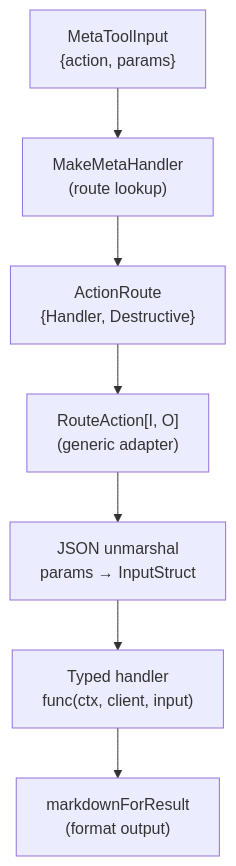
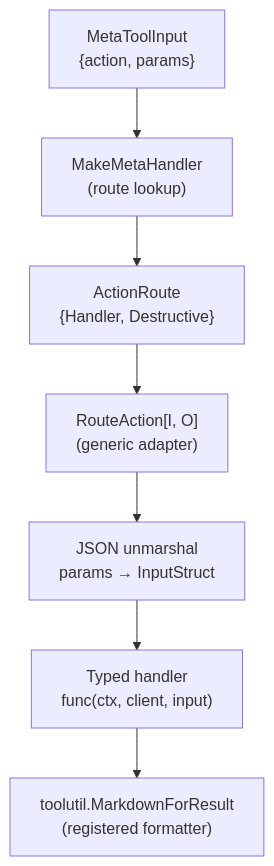
The seventh of 11 diagrams in docs/architecture.md (jmrplens/gitlab-mcp-server), drawn with Mermaid before and after one commit. The commit also changed other lines of this file and 1137 other files, not shown here.

````diff
--- a/docs/architecture.md
+++ b/docs/architecture.md
@@ -461,9 +469,9 @@
 ```mermaid
 graph TD
     REQ["MetaToolInput<br/>{action, params}"] --> DISPATCH["MakeMetaHandler<br/>(route lookup)"]
     DISPATCH --> ROUTE["ActionRoute<br/>{Handler, Destructive}"]
     ROUTE --> WRAP["RouteAction[I, O]<br/>(generic adapter)"]
     WRAP --> UNMARSHAL["JSON unmarshal<br/>params → InputStruct"]
     UNMARSHAL --> HANDLER["Typed handler<br/>func(ctx, client, input)"]
-    HANDLER --> MARKDOWN["markdownForResult<br/>(format output)"]
+    HANDLER --> MARKDOWN["toolutil.MarkdownForResult<br/>(registered formatter)"]
 ```
````
